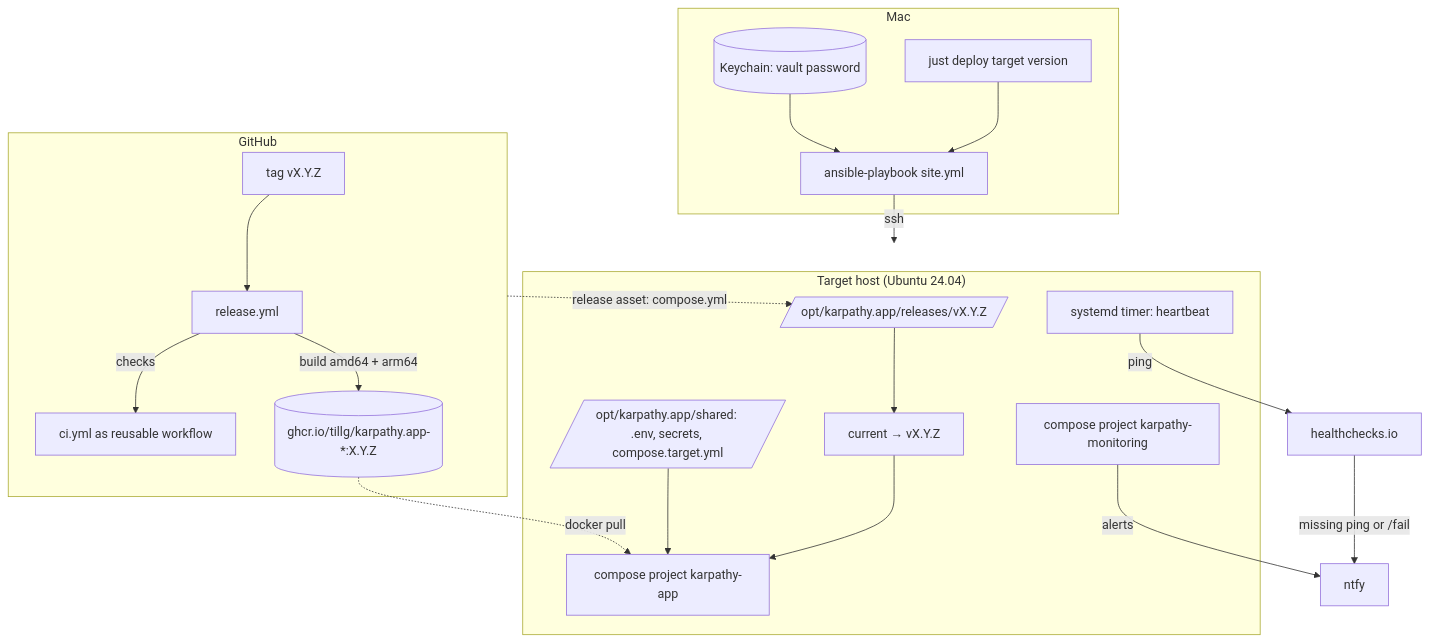
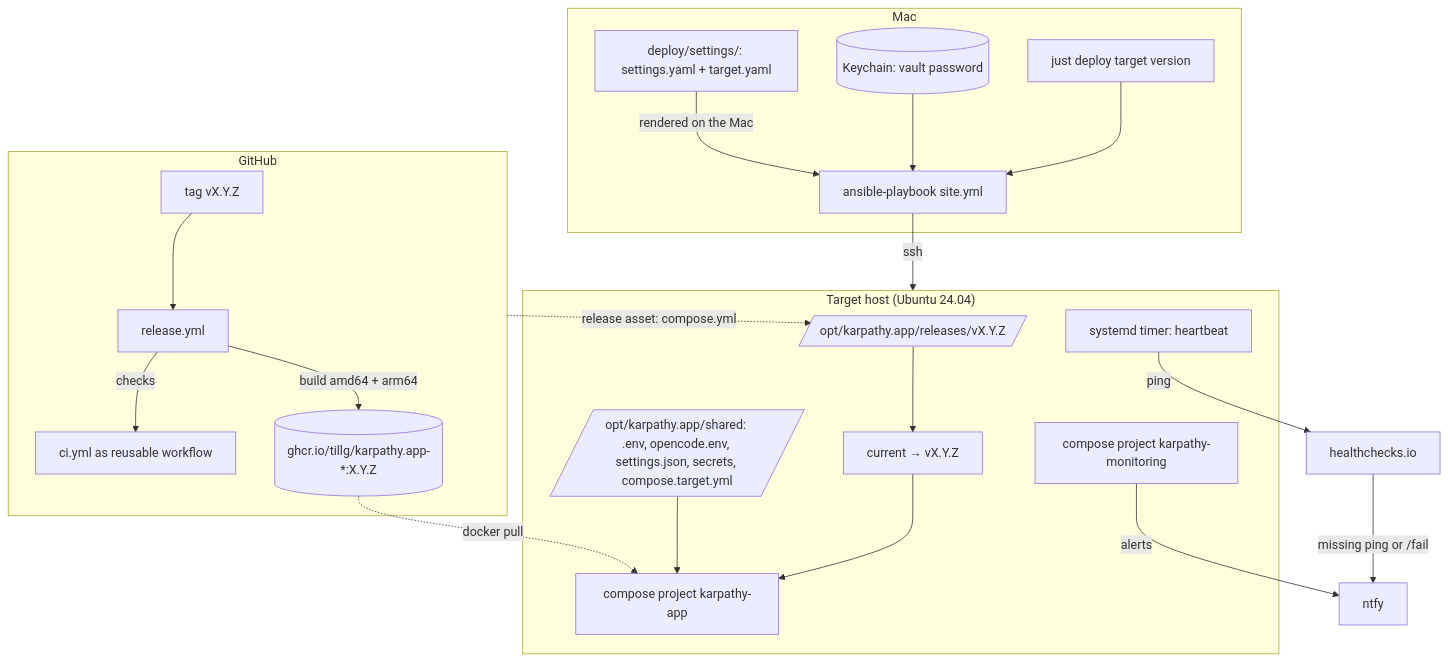
The first of 5 diagrams in specs/system/deployment.md (tillg/karpathy.app), drawn with Mermaid before and after one commit. The commit also changed other lines of this file and 5 other files, not shown here.

````diff
--- a/specs/system/deployment.md
+++ b/specs/system/deployment.md
@@ -15,25 +15,26 @@
 ```mermaid
 flowchart TB
   subgraph GitHub
     tag[tag vX.Y.Z] --> rel[release.yml]
     rel -->|checks| ci[ci.yml as reusable workflow]
     rel -->|build amd64 + arm64| ghcr[(ghcr.io/tillg/karpathy.app-*:X.Y.Z)]
   end
   subgraph Mac
     just[just deploy target version] --> pb[ansible-playbook site.yml]
     kc[(Keychain: vault password)] --> pb
+    st[deploy/settings/: settings.yaml + target.yaml] -->|rendered on the Mac| pb
   end
   subgraph Host["Target host (Ubuntu 24.04)"]
     rels[/opt/karpathy.app/releases/vX.Y.Z/] --> cur[current → vX.Y.Z]
-    shared[/opt/karpathy.app/shared: .env, secrets, compose.target.yml/]
+    shared[/opt/karpathy.app/shared: .env, opencode.env, settings.json, secrets, compose.target.yml/]
     cur --> app[compose project karpathy-app]
     shared --> app
     mon[compose project karpathy-monitoring]
     hb[systemd timer: heartbeat]
   end
   pb -->|ssh| Host
   ghcr -.docker pull.-> app
   GitHub -. "release asset: compose.yml" .-> rels
   mon -->|alerts| ntfy[ntfy]
   hb -->|ping| hc[healthchecks.io] -->|missing ping or /fail| ntfy
 ```
````
